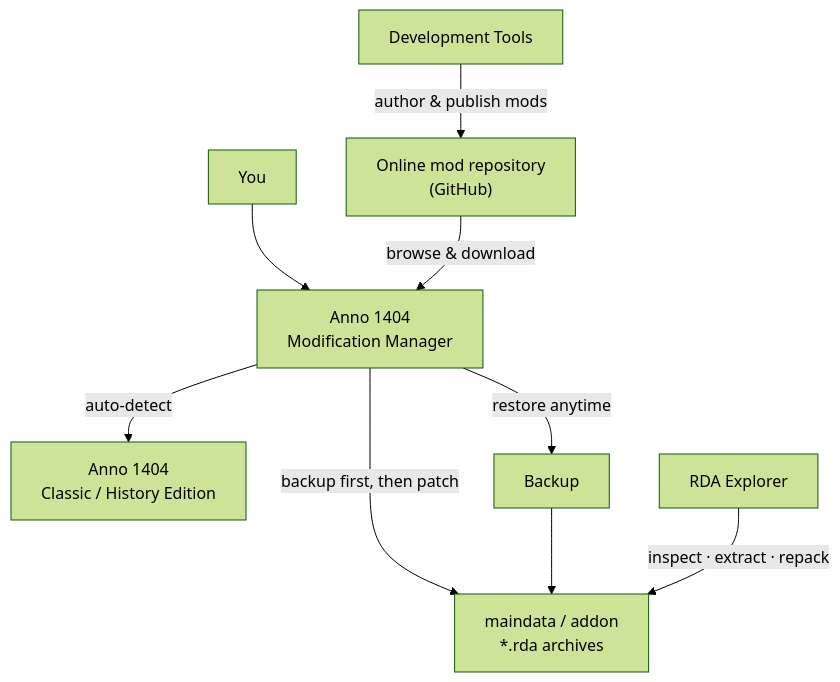
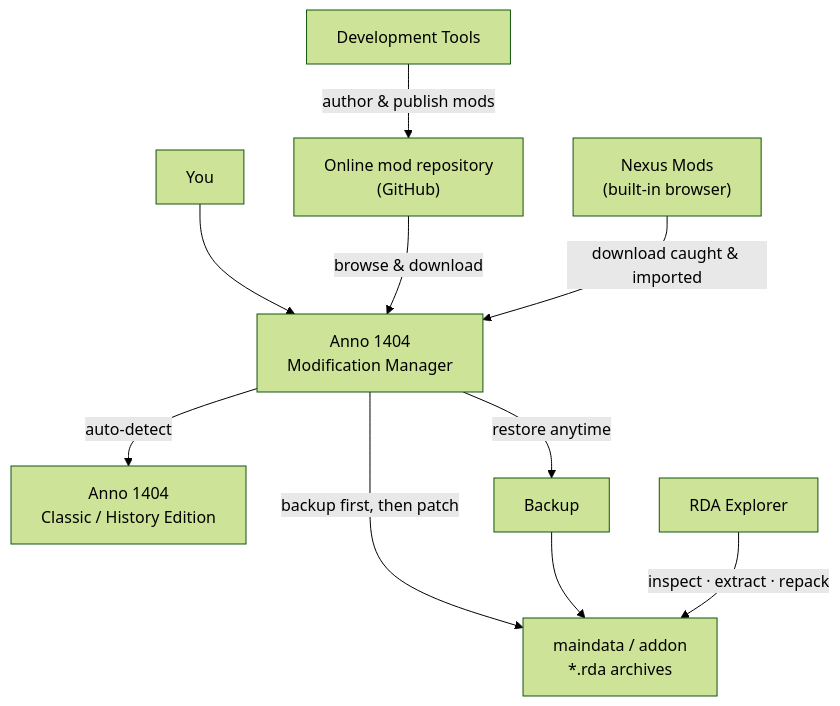
The diagram in README.md (C1yHAX/Anno-1404-Modification-Manager-v5), drawn with Mermaid (forest theme) before and after one commit. The commit also changed other lines of this file, not shown here.

First line of the commit message:
README: document the Nexus Mods integration

````diff
--- a/README.md
+++ b/README.md
@@ -70,11 +74,12 @@
 ```mermaid
 flowchart TD
     U["You"] --> M["Anno 1404<br/>Modification Manager"]
     M -->|"auto-detect"| G["Anno 1404<br/>Classic / History Edition"]
     O["Online mod repository<br/>(GitHub)"] -->|"browse &amp; download"| M
+    N["Nexus Mods<br/>(built-in browser)"] -->|"download caught &amp; imported"| M
     M -->|"backup first, then patch"| R["maindata / addon<br/>*.rda archives"]
     M -->|"restore anytime"| BK["Backup"]
     BK --> R
     DT["Development Tools"] -->|"author &amp; publish mods"| O
     RX["RDA Explorer"] -->|"inspect · extract · repack"| R
 ```
````
